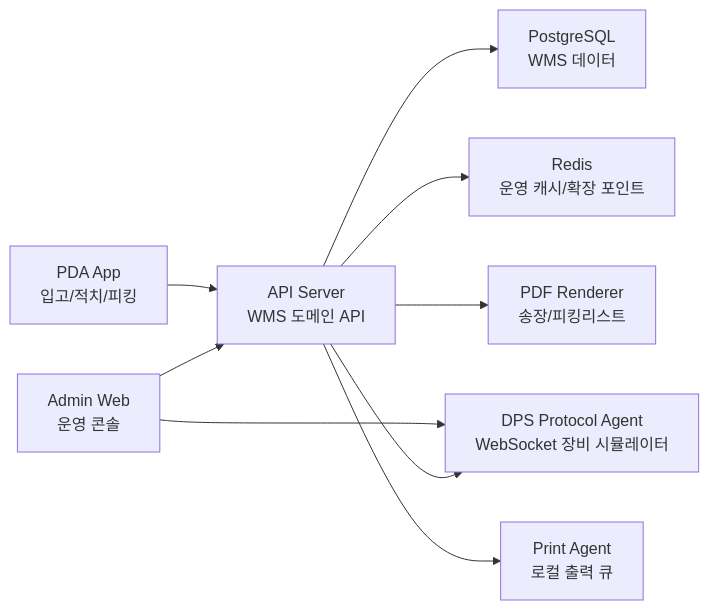
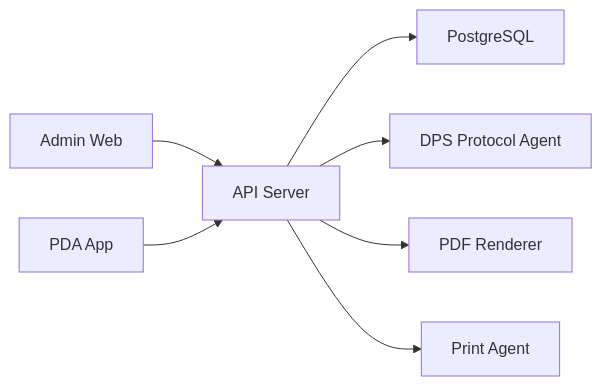
One commit to MIMminE/warehouse-ops-suite changed the diagram in blog/article.md. Above: the diagram before and after it, drawn with Mermaid. The commit also changed other lines of this file and 8 other files, not shown here.

````diff
--- a/blog/article.md
+++ b/blog/article.md
@@ -135,11 +36,9 @@
 ```mermaid
 flowchart LR
-    Admin["Admin Web<br/>운영 콘솔"] --> API["API Server<br/>WMS 도메인 API"]
-    PDA["PDA App<br/>입고/적치/피킹"] --> API
-    API --> DB["PostgreSQL<br/>WMS 데이터"]
-    API --> Redis["Redis<br/>운영 캐시/확장 포인트"]
-    API --> DPS["DPS Protocol Agent<br/>WebSocket 장비 시뮬레이터"]
-    API --> PDF["PDF Renderer<br/>송장/피킹리스트"]
-    API --> Print["Print Agent<br/>로컬 출력 큐"]
-    Admin --> DPS
+    Admin["Admin Web"] --> API["API Server"]
+    PDA["PDA App"] --> API
+    API --> DB["PostgreSQL"]
+    API --> DPS["DPS Protocol Agent"]
+    API --> PDF["PDF Renderer"]
+    API --> Print["Print Agent"]
 ```
````
